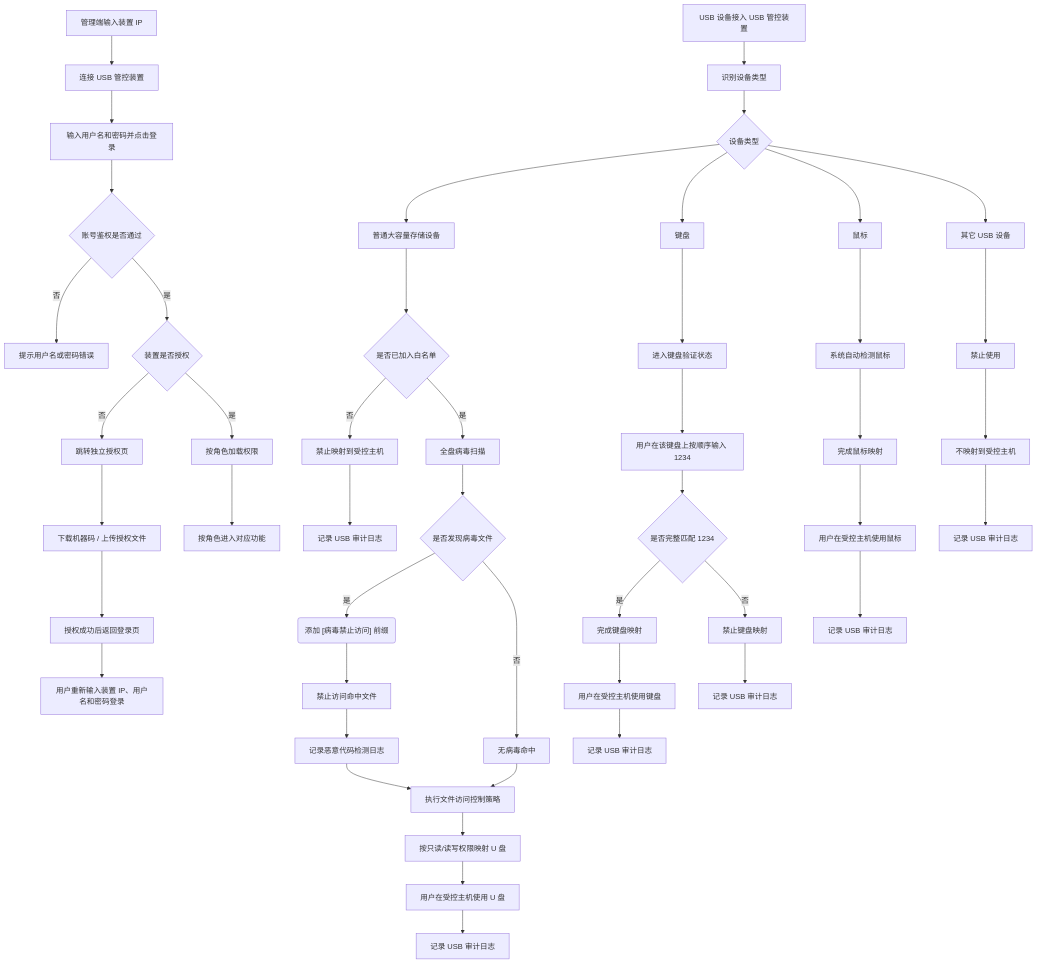
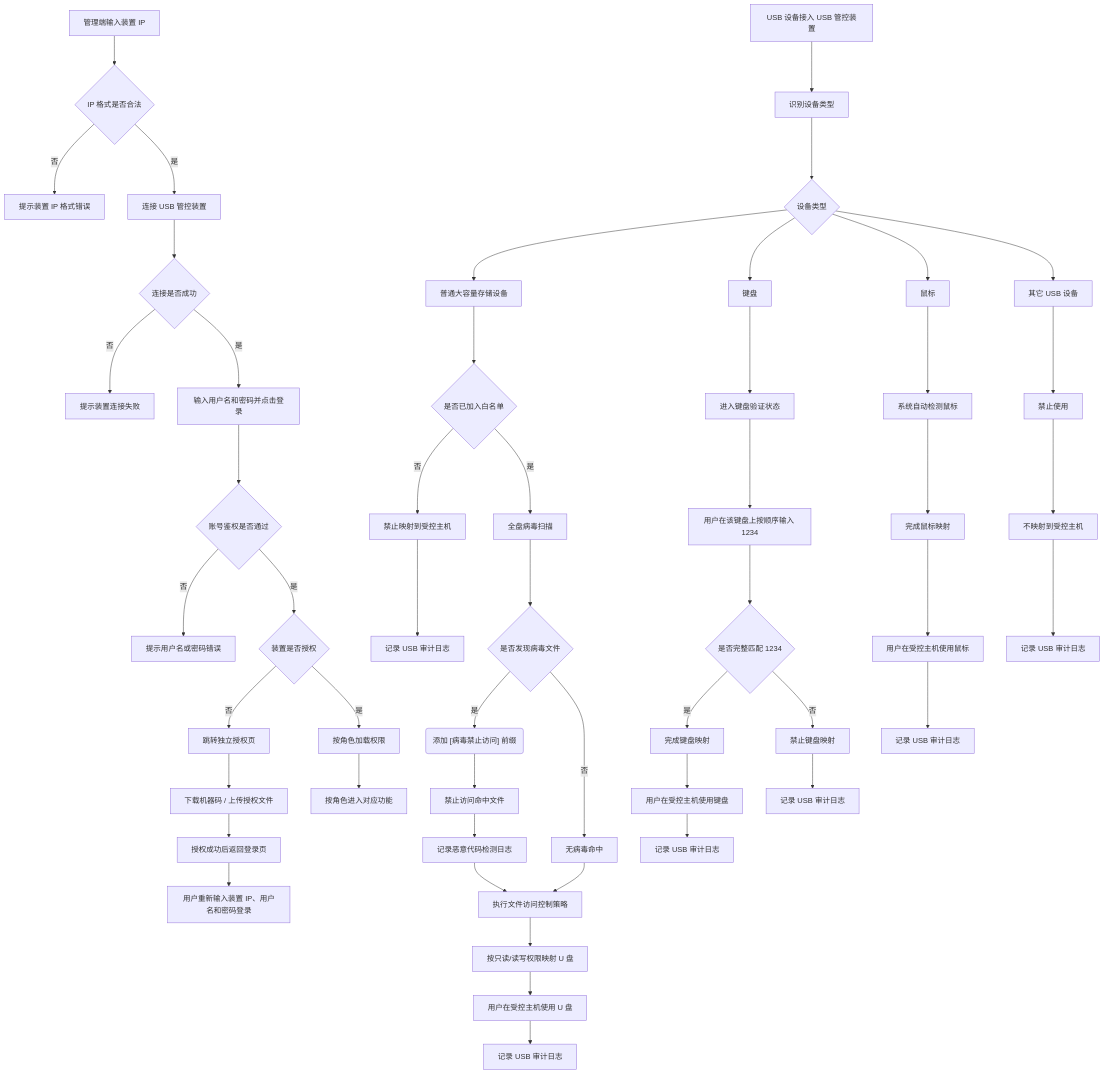
The diagram in docs/prd/USB管控系统-PRD-v1.0.1.md (yexu27/usb-control-direct), drawn with Mermaid before and after one commit.

Commit message:
fix(prd): 核心流程图补充装置 IP 校验和连接失败分支
- 新增 IP 格式合法性判断节点，格式错误时提示并阻止连接
- 新增连接是否成功判断节点，连接失败时提示检查网络或 IP 地址

````diff
--- a/docs/prd/USB管控系统-PRD-v1.0.1.md
+++ b/docs/prd/USB管控系统-PRD-v1.0.1.md
@@ -235,54 +235,58 @@
 ```mermaid
 flowchart TD
-    A0["管理端输入装置 IP"] --> A1["连接 USB 管控装置"]
-    A1 --> A2["输入用户名和密码并点击登录"]
+    A0["管理端输入装置 IP"] --> A1{IP 格式是否合法}
+    A1 -- 否 --> A12["提示装置 IP 格式错误"]
+    A1 -- 是 --> A13["连接 USB 管控装置"]
+    A13 --> A14{连接是否成功}
+    A14 -- 否 --> A15["提示装置连接失败"]
+    A14 -- 是 --> A2["输入用户名和密码并点击登录"]
     A2 --> A3{账号鉴权是否通过}
     A3 -- 否 --> A9["提示用户名或密码错误"]
     A3 -- 是 --> A10{装置是否授权}
     A10 -- 否 --> A4["跳转独立授权页"]
     A4 --> A5["下载机器码 / 上传授权文件"]
     A5 --> A6["授权成功后返回登录页"]
     A10 -- 是 --> A7["按角色加载权限"]
     A6 --> A11["用户重新输入装置 IP、用户名和密码登录"]
     A7 --> A8["按角色进入对应功能"]
 
     B0["USB 设备接入 USB 管控装置"] --> B1["识别设备类型"]
     B1 --> B2{设备类型}
     B2 --> C["普通大容量存储设备"]
     B2 --> D["键盘"]
     B2 --> E["鼠标"]
     B2 --> G["其它 USB 设备"]
 
     C --> C1{是否已加入白名单}
     C1 -- 否 --> C2["禁止映射到受控主机"]
     C2 --> C3["记录 USB 审计日志"]
     C1 -- 是 --> C4["全盘病毒扫描"]
     C4 --> C5{是否发现病毒文件}
     C5 -- 是 --> C6("添加 [病毒禁止访问] 前缀")
     C6 --> C7["禁止访问命中文件"]
     C7 --> C8["记录恶意代码检测日志"]
     C5 -- 否 --> C9["无病毒命中"]
     C8 --> C10["执行文件访问控制策略"]
     C9 --> C10
     C10 --> C11["按只读/读写权限映射 U 盘"]
     C11 --> C12["用户在受控主机使用 U 盘"]
     C12 --> C13["记录 USB 审计日志"]
 
     D --> D1["进入键盘验证状态"]
     D1 --> D2["用户在该键盘上按顺序输入 1234"]
     D2 --> D3{是否完整匹配 1234}
     D3 -- 是 --> D4["完成键盘映射"]
     D4 --> D5["用户在受控主机使用键盘"]
     D5 --> D6["记录 USB 审计日志"]
     D3 -- 否 --> D7["禁止键盘映射"]
     D7 --> D8["记录 USB 审计日志"]
 
     E --> E1["系统自动检测鼠标"]
     E1 --> E2["完成鼠标映射"]
     E2 --> E3["用户在受控主机使用鼠标"]
     E3 --> E4["记录 USB 审计日志"]
 
     G --> G1["禁止使用"]
     G1 --> G2["不映射到受控主机"]
     G2 --> G3["记录 USB 审计日志"]
 ```
````
